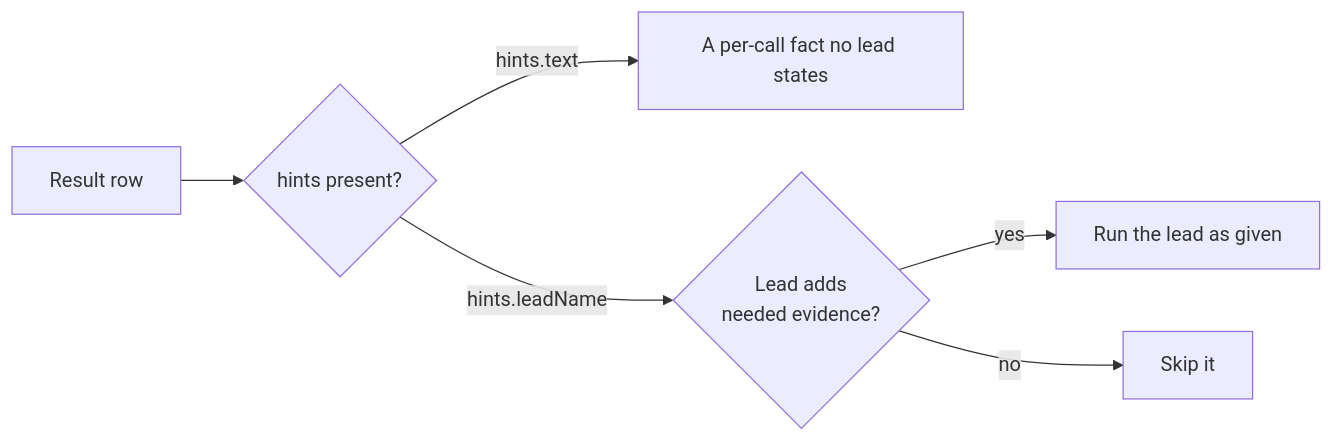
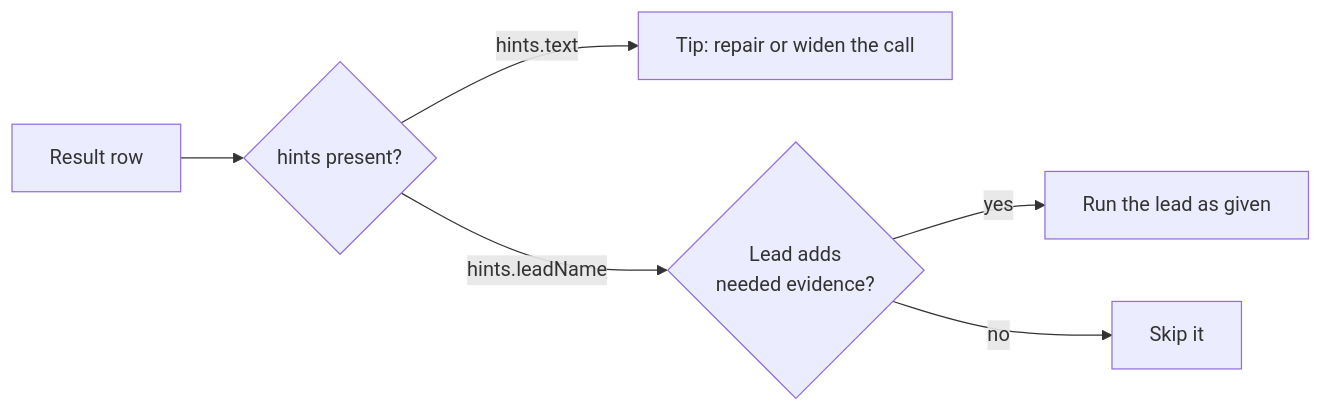
One commit to bgauryy/octocode-mcp changed the seventh of 9 diagrams in docs/OCTOCODE_WORKFLOWS.md. Above: the diagram before and after it, drawn with Mermaid. The commit also changed other lines of this file and 351 other files, not shown here.

````diff
--- a/docs/OCTOCODE_WORKFLOWS.md
+++ b/docs/OCTOCODE_WORKFLOWS.md
@@ -218,8 +218,8 @@
 ```mermaid
 flowchart LR
   R[Result row] --> H{hints present?}
-  H -- "hints.text" --> T[A per-call fact no lead states]
+  H -- "hints.text" --> T[Tip: repair or widen the call]
   H -- "hints.leadName" --> L{Lead adds<br/>needed evidence?}
   L -- yes --> RUN[Run the lead as given]
   L -- no --> S[Skip it]
 ```
````
